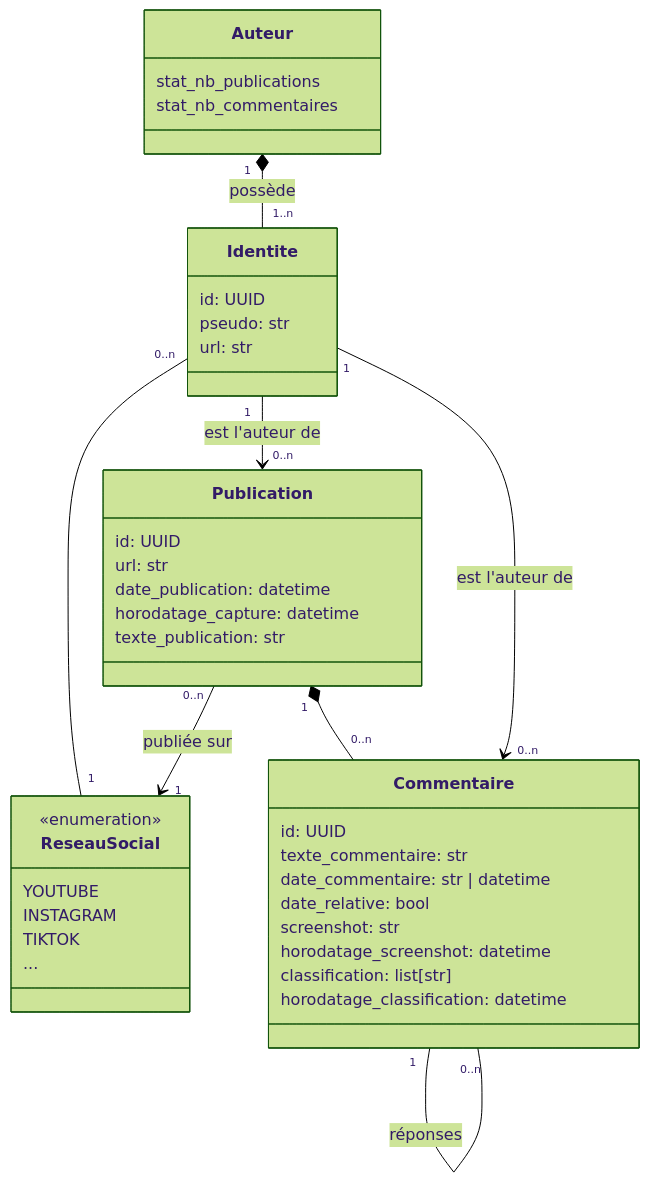
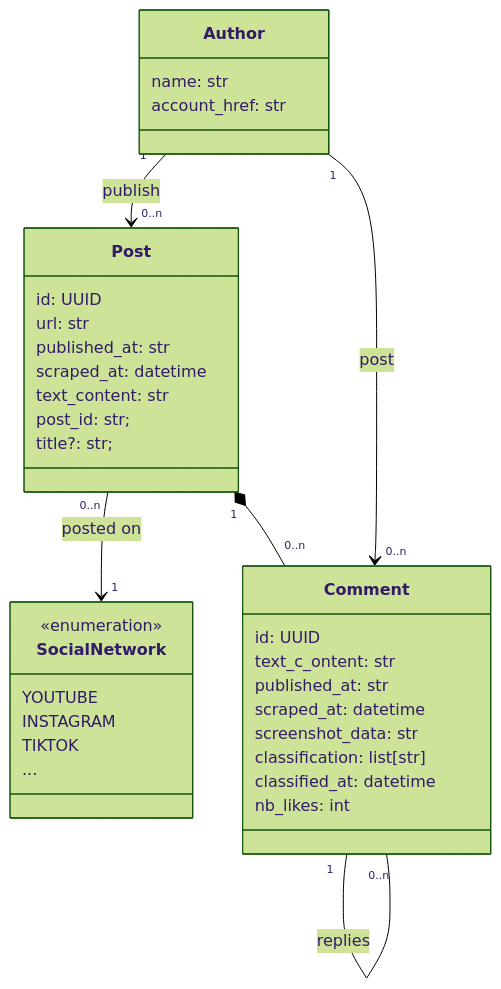
The diagram in docs/backend/model.md (dataforgoodfr/14_BalanceTesHaters), drawn with Mermaid (forest theme) before and after one commit. The commit also changed other lines of this file, not shown here.

Commit message:
MAJ du model backend

````diff
--- a/docs/backend/model.md
+++ b/docs/backend/model.md
@@ -3,48 +3,42 @@
 ```mermaid
 classDiagram
-    class Auteur {
-        stat_nb_publications
-        stat_nb_commentaires
+    class Author {
+        name: str
+        account_href: str
     }
 
-    class Identite {
-        id: UUID
-        pseudo: str
-        url: str
-    }
-    Identite "0..n" -- "1" ReseauSocial
-    Auteur "1" *-- "1..n" Identite : possède
-
-    class ReseauSocial {
+    class SocialNetwork {
         <<enumeration>>
         YOUTUBE
         INSTAGRAM
         TIKTOK
         ...
     }
-    class Publication {
+    class Post {
         id: UUID
         url: str
-        date_publication: datetime
-        horodatage_capture: datetime
-        texte_publication: str
+        published_at: str
+        scraped_at: datetime
+        text_content: str
+        post_id: str;
+        title?: str;
     }
-    Identite "1" --> "0..n" Publication : est l'auteur de
-    Publication "0..n" --> "1" ReseauSocial : publiée sur
+    Author "1" --> "0..n" Post : publish
+    Post "0..n" --> "1" SocialNetwork : posted on
 
-    class Commentaire {
+    class Comment {
         id: UUID
-        texte_commentaire: str
-        date_commentaire: str | datetime
-        date_relative: bool
-        screenshot: str
-        horodatage_screenshot: datetime
+        text_c_ontent: str
+        published_at: str
+        scraped_at: datetime
+        screenshot_data: str
         classification: list[str]
-        horodatage_classification: datetime
+        classified_at: datetime
+        nb_likes: int
     }
 
-    Publication "1" *-- "0..n" Commentaire
-    Identite "1" --> "0..n" Commentaire : est l'auteur de
-    Commentaire "1" -- "0..n" Commentaire : réponses
+    Post "1" *-- "0..n" Comment
+    Author "1" --> "0..n" Comment : post
+    Comment "1" -- "0..n" Comment : replies
 
 ```
````
